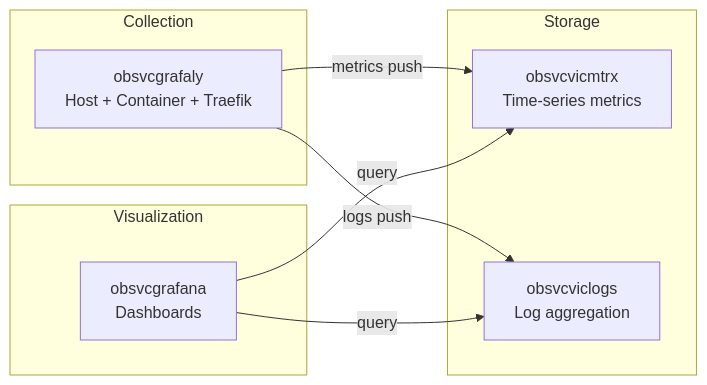
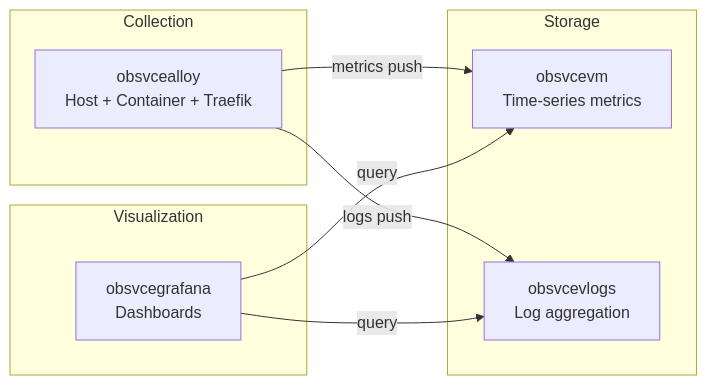
The second of 2 diagrams in README.md (yongxinL/servicehub), drawn with Mermaid before and after one commit. The commit also changed other lines of this file and 52 other files, not shown here.

````diff
--- a/README.md
+++ b/README.md
@@ -330,17 +330,17 @@
 ```mermaid
 graph LR
     subgraph Collectors[Collection]
-        Alloy[obsvcgrafaly\nHost + Container + Traefik]
+        Alloy[obsvcealloy\nHost + Container + Traefik]
     end
     subgraph Storage[Storage]
-        VM[obsvcvicmtrx\nTime-series metrics]
-        VL[obsvcviclogs\nLog aggregation]
+        VM[obsvcevm\nTime-series metrics]
+        VL[obsvcevlogs\nLog aggregation]
     end
     subgraph Visualization[Visualization]
-        Grafana[obsvcgrafana\nDashboards]
+        Grafana[obsvcegrafana\nDashboards]
     end
     Alloy -->|metrics push| VM
     Alloy -->|logs push| VL
     Grafana -->|query| VM
     Grafana -->|query| VL
 ```
````
